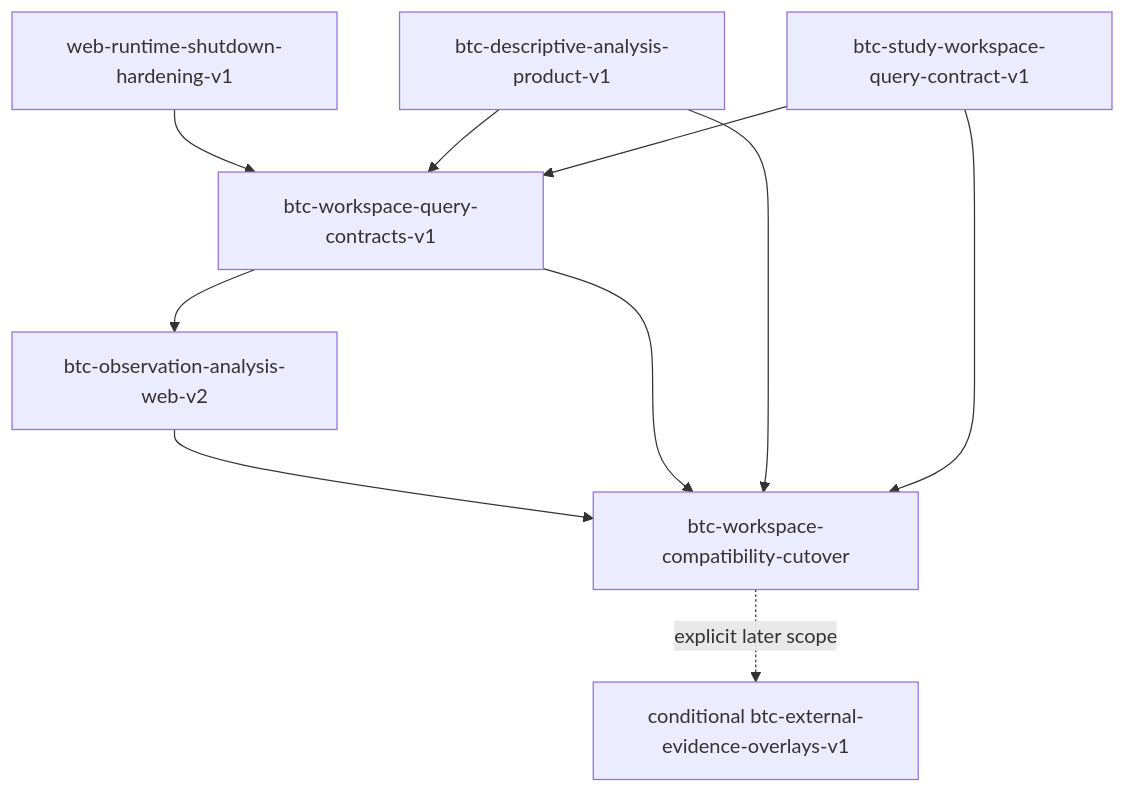
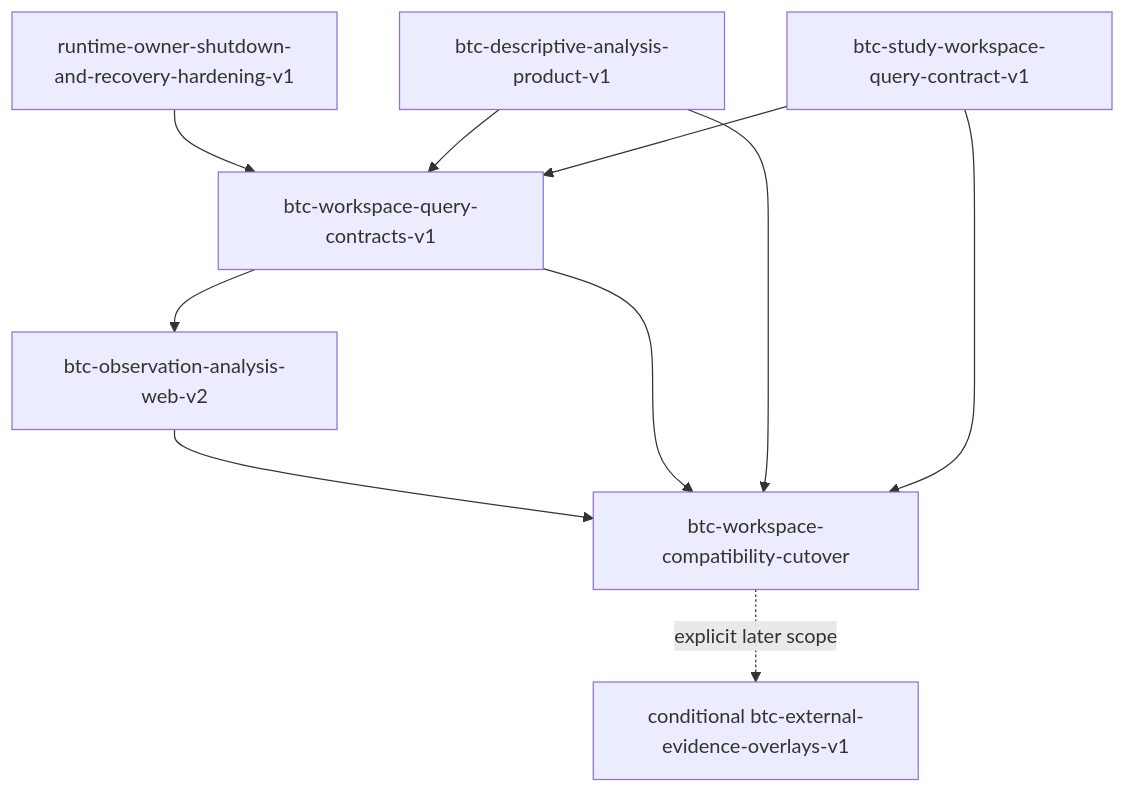
Before and after one commit to Hwloser/trade: the fifth of 5 diagrams in openspec/changes/btc-observation-analysis-ui-v2/design.md, drawn with Mermaid. The commit also changed other lines of this file and 2 other files, not shown here.

First line of the commit message:
docs(openspec): align BTC runtime prerequisite

````diff
--- a/openspec/changes/btc-observation-analysis-ui-v2/design.md
+++ b/openspec/changes/btc-observation-analysis-ui-v2/design.md
@@ -1365,20 +1367,20 @@
 ```mermaid
 flowchart TD
-    R[web-runtime-shutdown-hardening-v1]
+    R[runtime-owner-shutdown-and-recovery-hardening-v1]
     D[btc-descriptive-analysis-product-v1]
     S[btc-study-workspace-query-contract-v1]
     Q[btc-workspace-query-contracts-v1]
     W[btc-observation-analysis-web-v2]
     C[btc-workspace-compatibility-cutover]
     X[conditional btc-external-evidence-overlays-v1]
 
     R --> Q
     D --> Q
     S --> Q
     Q --> W
     W --> C
     Q --> C
     D --> C
     S --> C
     C -. explicit later scope .-> X
 ```
````
